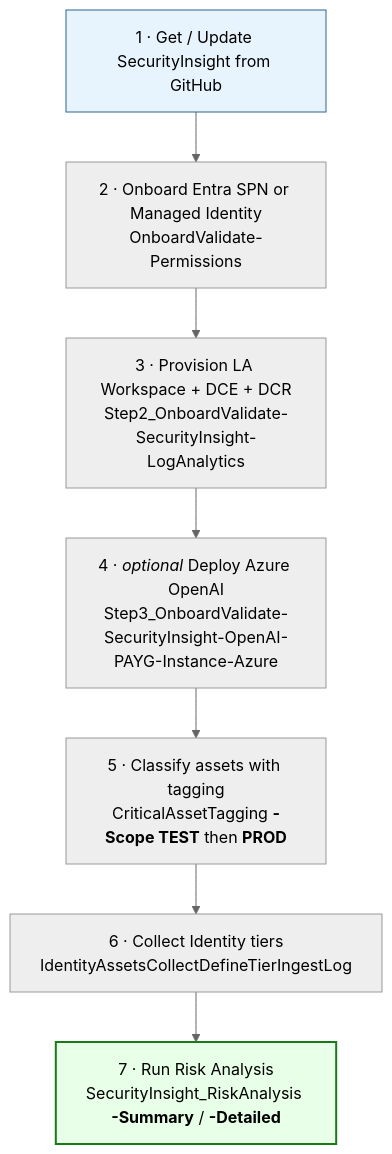
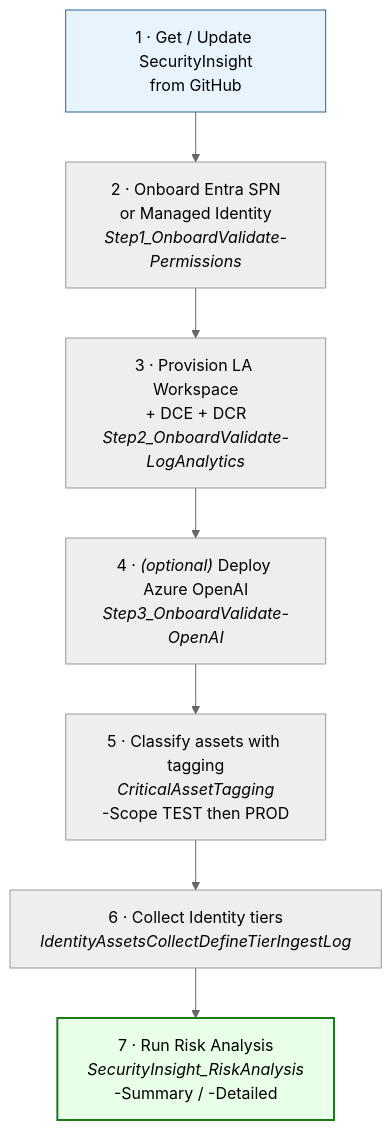
Before and after one commit to KnudsenMorten/SecurityInsight: the third of 8 diagrams in README.md, drawn with Mermaid (neutral theme). The commit also changed other lines of this file and 3 other files, not shown here.

Commit message:
Publish SecurityInsight@2.1.158 from upstream monorepo

````diff
--- a/README.md
+++ b/README.md
@@ -272,11 +272,11 @@
 ```mermaid
 flowchart TD
-    S1[1 · Get / Update SecurityInsight from GitHub] --> S2[2 · Onboard Entra SPN or Managed Identity<br/>OnboardValidate-Permissions]
-    S2 --> S3[3 · Provision LA Workspace + DCE + DCR<br/>Step2_OnboardValidate-SecurityInsight-LogAnalytics]
-    S3 --> S4[4 · <i>optional</i> Deploy Azure OpenAI<br/>Step3_OnboardValidate-SecurityInsight-OpenAI-PAYG-Instance-Azure]
-    S4 --> S5[5 · Classify assets with tagging<br/>CriticalAssetTagging <b>-Scope TEST</b> then <b>PROD</b>]
-    S5 --> S6[6 · Collect Identity tiers<br/>IdentityAssetsCollectDefineTierIngestLog]
-    S6 --> S7[7 · Run Risk Analysis<br/>SecurityInsight_RiskAnalysis <b>-Summary</b> / <b>-Detailed</b>]
+    S1["1 · Get / Update SecurityInsight<br/>from GitHub"] --> S2["2 · Onboard Entra SPN<br/>or Managed Identity<br/><i>Step1_OnboardValidate-Permissions</i>"]
+    S2 --> S3["3 · Provision LA Workspace<br/>+ DCE + DCR<br/><i>Step2_OnboardValidate-LogAnalytics</i>"]
+    S3 --> S4["4 · <i>(optional)</i> Deploy Azure OpenAI<br/><i>Step3_OnboardValidate-OpenAI</i>"]
+    S4 --> S5["5 · Classify assets with tagging<br/><i>CriticalAssetTagging</i><br/>-Scope TEST then PROD"]
+    S5 --> S6["6 · Collect Identity tiers<br/><i>IdentityAssetsCollectDefineTierIngestLog</i>"]
+    S6 --> S7["7 · Run Risk Analysis<br/><i>SecurityInsight_RiskAnalysis</i><br/>-Summary / -Detailed"]
     style S1 fill:#e8f4fd,stroke:#2a6592
     style S7 fill:#e8ffe8,stroke:#1a7a1a,stroke-width:2px
 ```
````
